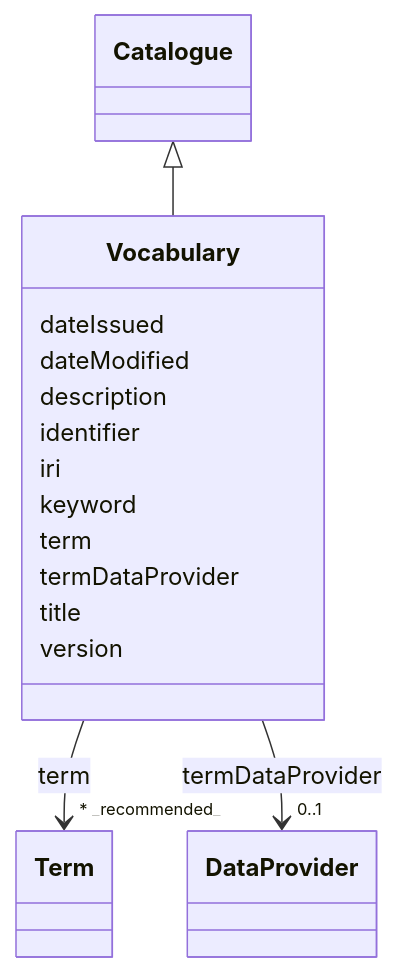
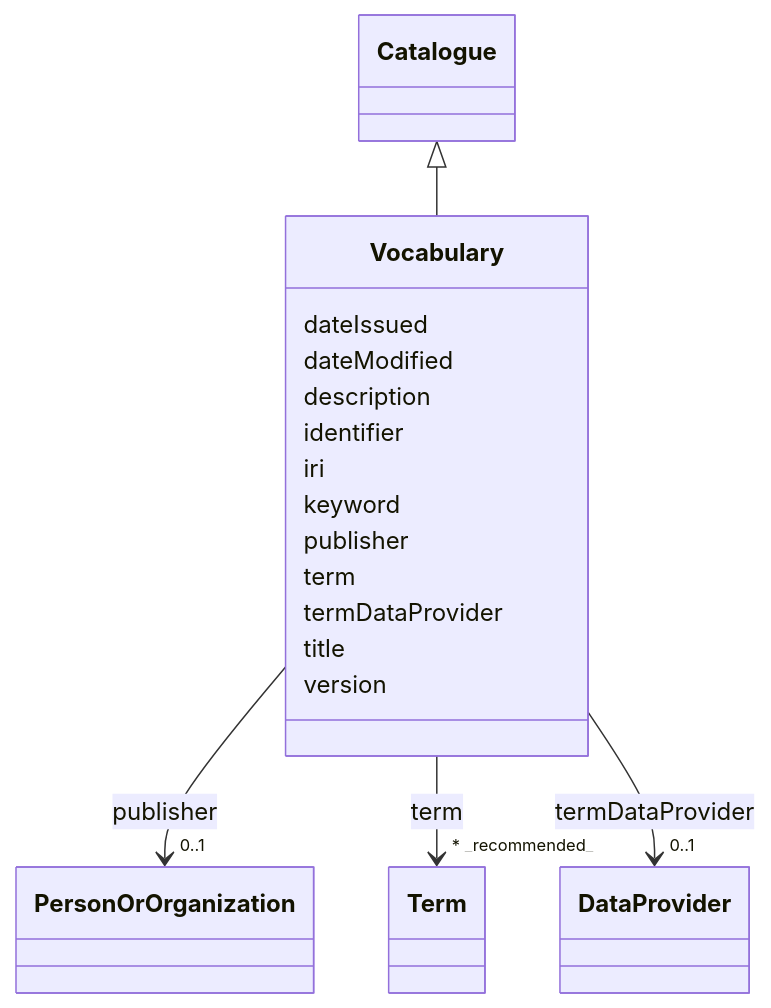
Before and after one commit to EVORA-project/evora-ontology: the diagram in models/docs/Vocabulary.md, drawn with Mermaid. The commit also changed other lines of this file and 468 other files, not shown here.

````diff
--- a/models/docs/Vocabulary.md
+++ b/models/docs/Vocabulary.md
@@ -19,43 +19,52 @@
 ```mermaid
  classDiagram
     class Vocabulary
     click Vocabulary href "../Vocabulary"
       Catalogue <|-- Vocabulary
         click Catalogue href "../Catalogue"
       
       Vocabulary : dateIssued
         
       Vocabulary : dateModified
         
       Vocabulary : description
         
       Vocabulary : identifier
         
       Vocabulary : iri
         
       Vocabulary : keyword
+        
+      Vocabulary : publisher
+        
+          
+    
+    
+    Vocabulary --> "0..1" PersonOrOrganization : publisher
+    click PersonOrOrganization href "../PersonOrOrganization"
+
         
       Vocabulary : term
         
           
     
     
     Vocabulary --> "* _recommended_" Term : term
     click Term href "../Term"
 
         
       Vocabulary : termDataProvider
         
           
     
     
     Vocabulary --> "0..1" DataProvider : termDataProvider
     click DataProvider href "../DataProvider"
 
         
       Vocabulary : title
         
       Vocabulary : version
         
       
 ```
````
